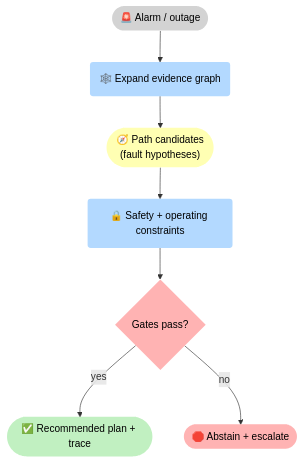
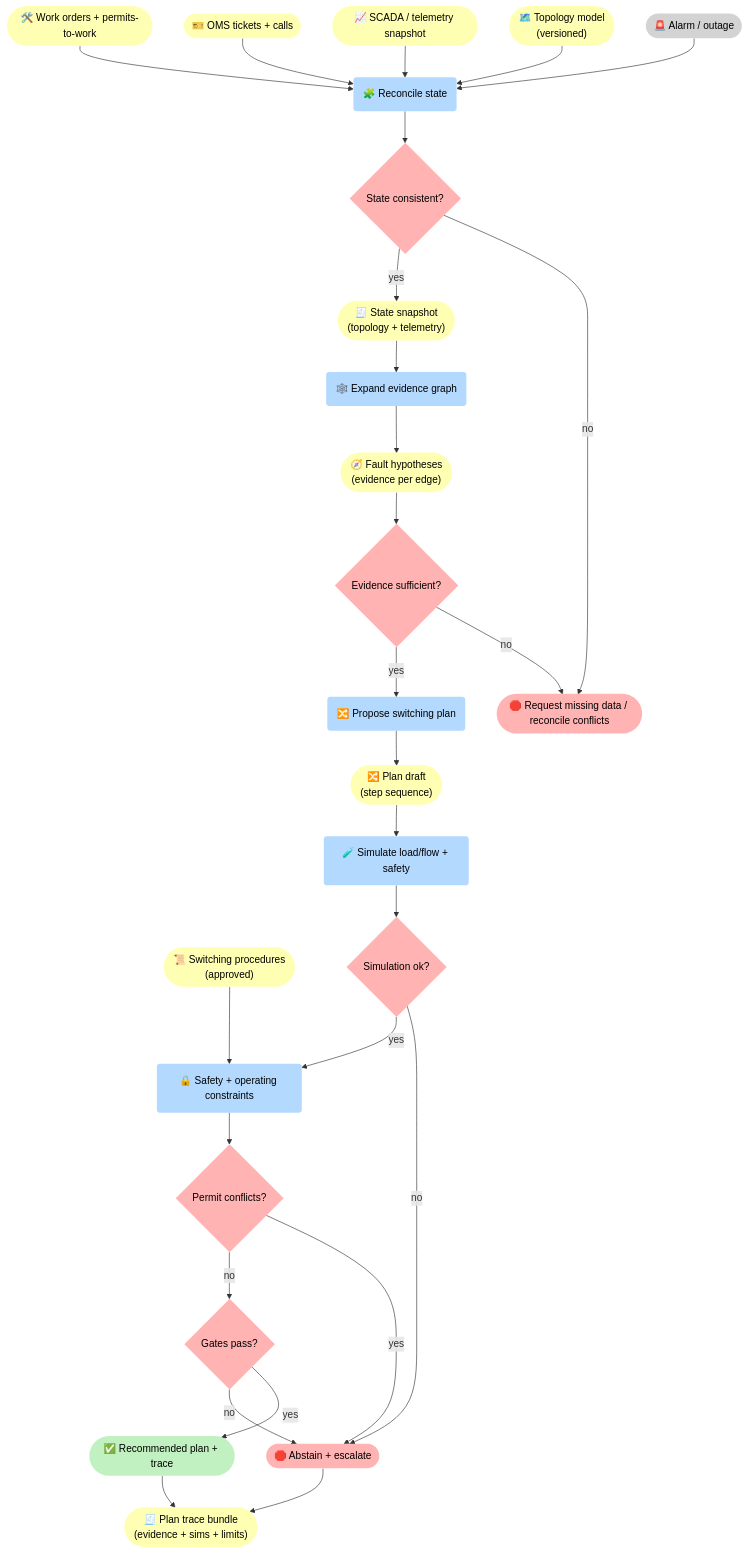
The first of 3 diagrams in docs/case-studies/energy-utilities.md (5Reasons/5reasons.github.io), drawn with Mermaid before and after one commit. The commit also changed other lines of this file and 8 other files, not shown here.

First line of the commit message:
Enhance case studies with detailed flowcharts and explicit gates

````diff
--- a/docs/case-studies/energy-utilities.md
+++ b/docs/case-studies/energy-utilities.md
@@ -66,24 +66,65 @@
 ```mermaid
 flowchart TB
 %% Styles (brModel Standard)
 classDef i fill:#D3D3D3,stroke-width:0px,color:#000;
 classDef p fill:#B3D9FF,stroke-width:0px,color:#000;
 classDef r fill:#FFFFB3,stroke-width:0px,color:#000;
 classDef o fill:#C1F0C1,stroke-width:0px,color:#000;
 classDef s fill:#FFB3B3,stroke-width:0px,color:#000;
 
 I_A(["🚨 Alarm / outage"]):::i
+
+R_Topo(["🗺️ Topology model<br>(versioned)"]):::r
+R_Tel(["📈 SCADA / telemetry snapshot"]):::r
+R_OMS(["🎫 OMS tickets + calls"]):::r
+R_WO(["🛠️ Work orders + permits-to-work"]):::r
+R_Proc(["📜 Switching procedures<br>(approved)"]):::r
+
+P_Rec("🧩 Reconcile state"):::p
+G_State{"State consistent?"}:::s
+S_Ask(["🛑 Request missing data / reconcile conflicts"]):::s
+R_State(["🧾 State snapshot<br>(topology + telemetry)"]):::r
+
 P_E("🕸️ Expand evidence graph"):::p
-R_Path(["🧭 Path candidates<br>(fault hypotheses)"]):::r
+R_Path(["🧭 Fault hypotheses<br>(evidence per edge)"]):::r
+G_Ev{"Evidence sufficient?"}:::s
+
+P_Plan("🔀 Propose switching plan"):::p
+R_Plan(["🔀 Plan draft<br>(step sequence)"]):::r
+P_Sim("🧪 Simulate load/flow + safety"):::p
+G_Sim{"Simulation ok?"}:::s
+
 P_G("🔒 Safety + operating constraints"):::p
+G_PTW{"Permit conflicts?"}:::s
 G_OK{"Gates pass?"}:::s
+
 O_R(["✅ Recommended plan + trace"]):::o
 S_X(["🛑 Abstain + escalate"]):::s
+R_Tr(["🧾 Plan trace bundle<br>(evidence + sims + limits)"]):::r
 
-I_A --> P_E --> R_Path --> P_G --> G_OK
-G_OK -->|"yes"| O_R
-G_OK -->|"no"| S_X
+I_A --> P_Rec
+R_Topo --> P_Rec
+R_Tel --> P_Rec
+R_OMS --> P_Rec
+R_WO --> P_Rec
+
+P_Rec --> G_State
+G_State -->|"no"| S_Ask
+G_State -->|"yes"| R_State --> P_E --> R_Path --> G_Ev
+
+G_Ev -->|"no"| S_Ask
+G_Ev -->|"yes"| P_Plan --> R_Plan --> P_Sim --> G_Sim
+
+G_Sim -->|"no"| S_X
+G_Sim -->|"yes"| P_G --> G_PTW
+
+R_Proc --> P_G
+G_PTW -->|"yes"| S_X
+G_PTW -->|"no"| G_OK
+
+G_OK -->|"yes"| O_R --> R_Tr
+G_OK -->|"no"| S_X --> R_Tr
 
 %% Clickable nodes
 click P_G "/methodology/constraints/" "Constraints & SHACL"
 ```
````
